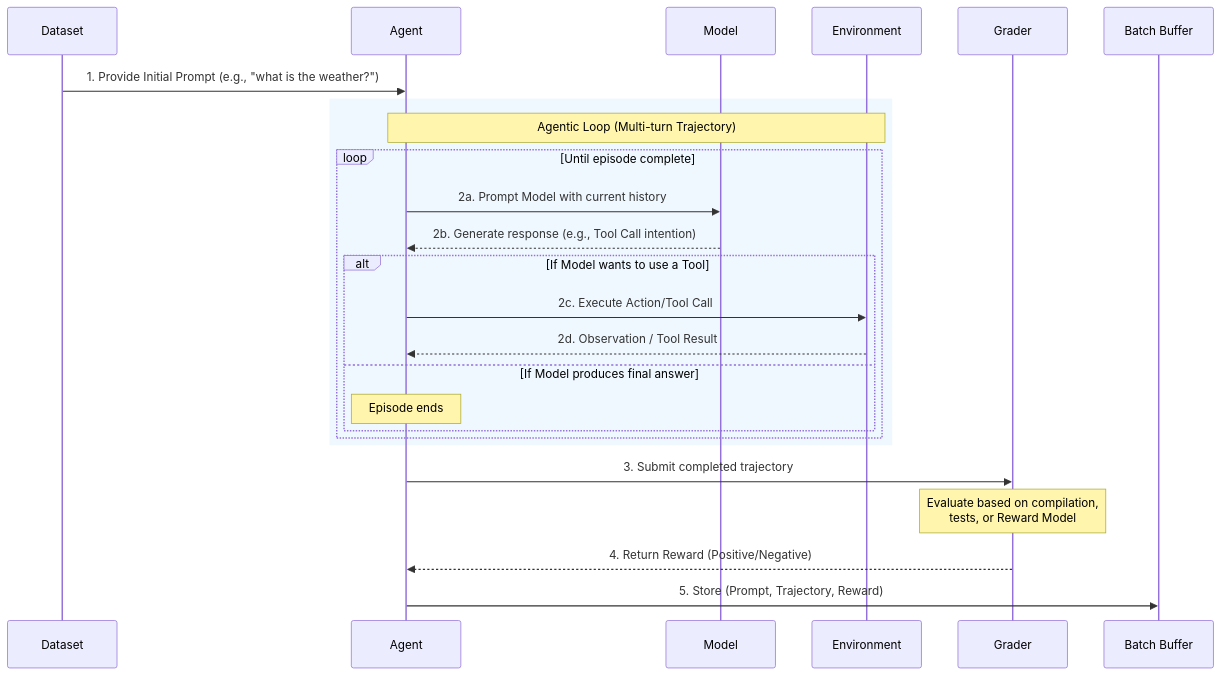
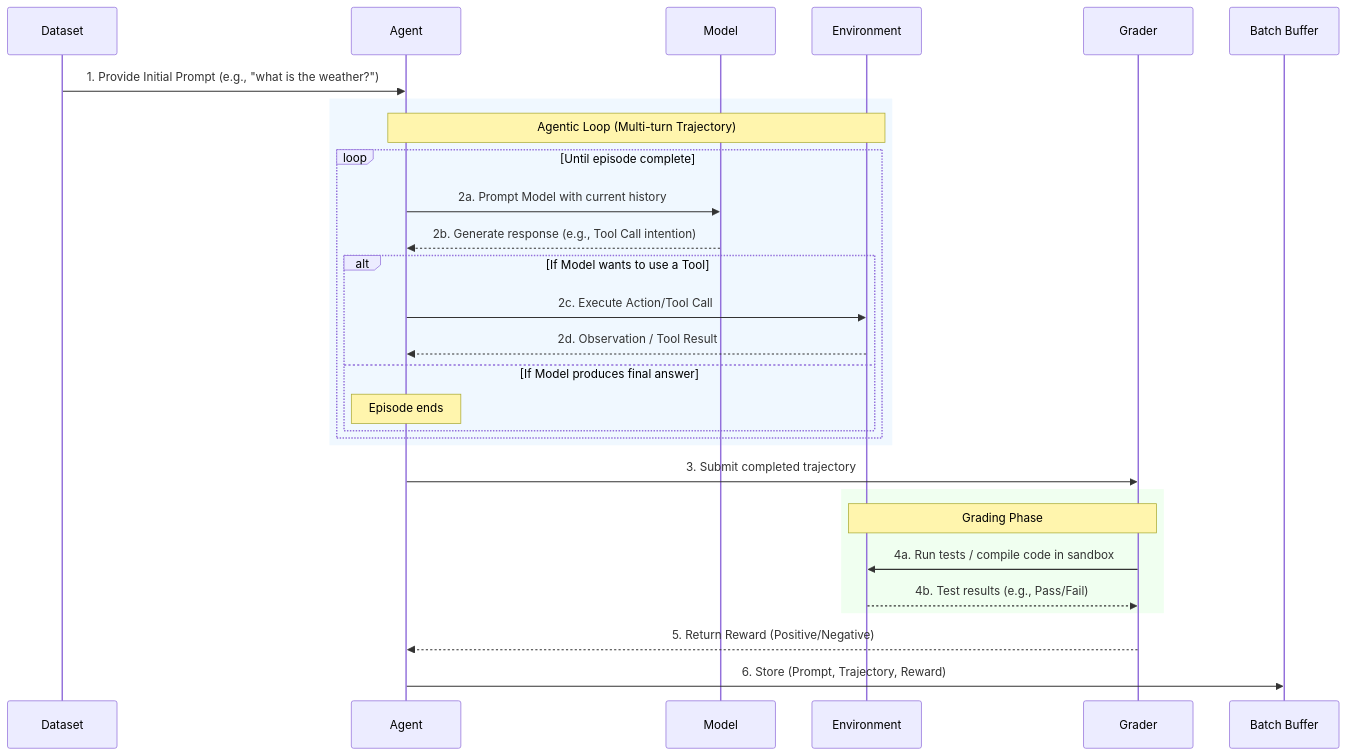
One commit to droot/RL101 changed the diagram in rl_data_generation.mmd. Above: the diagram before and after it, drawn with Mermaid. The commit also changed 8 other files, not shown here.

```diff
--- a/rl_data_generation.mmd
+++ b/rl_data_generation.mmd
@@ -1,31 +1,36 @@
 sequenceDiagram
     participant D as Dataset
     participant A as Agent
     participant M as Model
     participant E as Environment
     participant G as Grader
     participant B as Batch Buffer
 
     D->>A: 1. Provide Initial Prompt (e.g., "what is the weather?")
     
     rect rgb(240, 248, 255)
         Note over A,E: Agentic Loop (Multi-turn Trajectory)
         loop Until episode complete
             A->>M: 2a. Prompt Model with current history
             M-->>A: 2b. Generate response (e.g., Tool Call intention)
             
             alt If Model wants to use a Tool
                 A->>E: 2c. Execute Action/Tool Call
                 E-->>A: 2d. Observation / Tool Result
             else If Model produces final answer
                 Note over A: Episode ends
             end
         end
     end
     
     A->>G: 3. Submit completed trajectory
     
-    Note over G: Evaluate based on compilation,<br/>tests, or Reward Model
-    G-->>A: 4. Return Reward (Positive/Negative)
+    rect rgb(240, 255, 240)
+        Note over G,E: Grading Phase
+        G->>E: 4a. Run tests / compile code in sandbox
+        E-->>G: 4b. Test results (e.g., Pass/Fail)
+    end
     
-    A->>B: 5. Store (Prompt, Trajectory, Reward)
+    G-->>A: 5. Return Reward (Positive/Negative)
+    
+    A->>B: 6. Store (Prompt, Trajectory, Reward)
```
